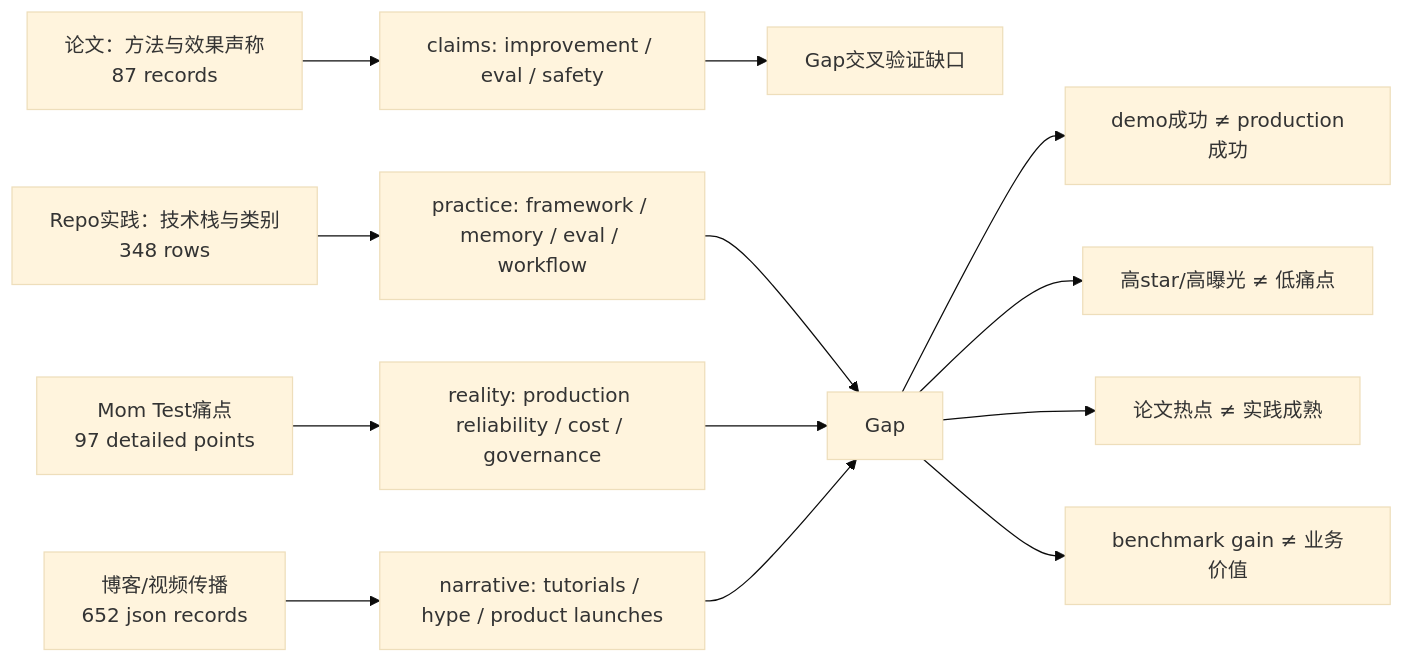
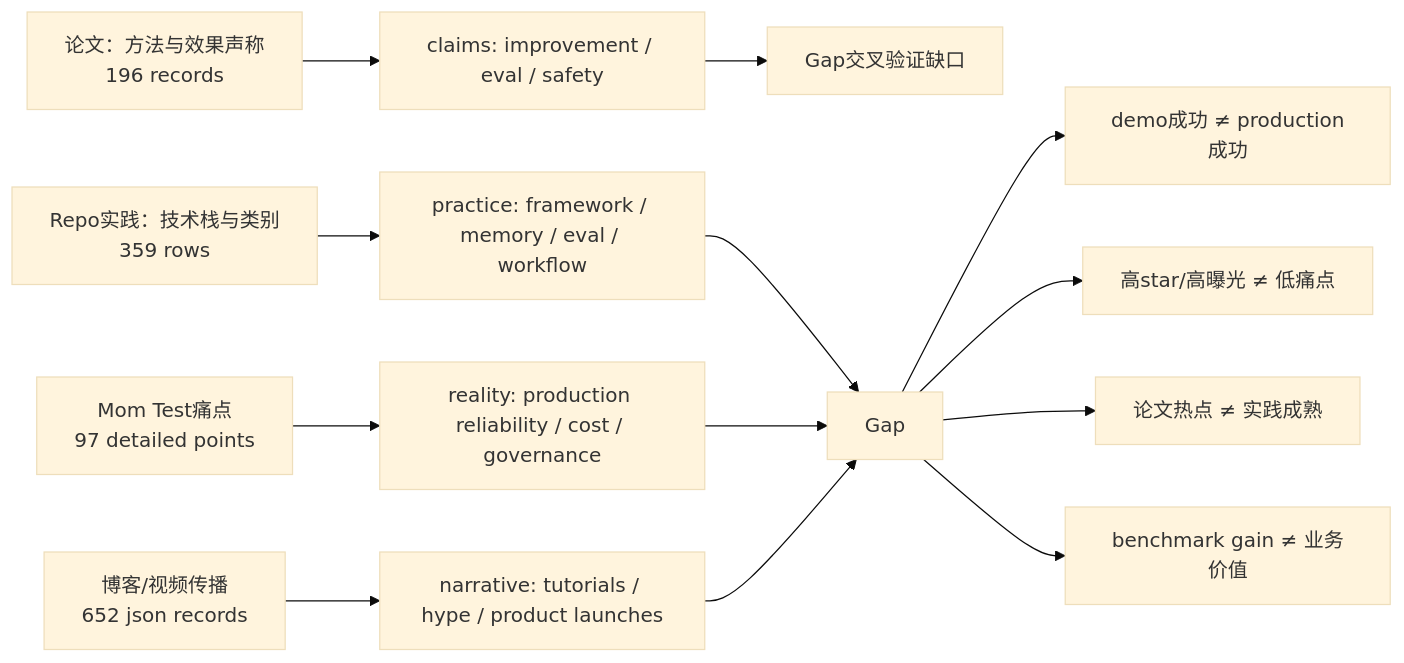
Before and after one commit to Shiyao-Huang/awesome-agent-evolution: the diagram in survey/figures/cross-source-validation-map.md, drawn with Mermaid (base theme). The commit also changed other lines of this file and 112 other files, not shown here.

````diff
--- a/survey/figures/cross-source-validation-map.md
+++ b/survey/figures/cross-source-validation-map.md
@@ -6,15 +6,15 @@
 ```mermaid
 flowchart LR
-    Papers["论文：方法与效果声称<br/>87 records"] --> Claims["claims: improvement / eval / safety"]
-    Repos["Repo实践：技术栈与类别<br/>348 rows"] --> Practice["practice: framework / memory / eval / workflow"]
+    Papers["论文：方法与效果声称<br/>196 records"] --> Claims["claims: improvement / eval / safety"]
+    Repos["Repo实践：技术栈与类别<br/>359 rows"] --> Practice["practice: framework / memory / eval / workflow"]
     Pain["Mom Test痛点<br/>97 detailed points"] --> Reality["reality: production reliability / cost / governance"]
     Blogs["博客/视频传播<br/>652 json records"] --> Narrative["narrative: tutorials / hype / product launches"]
     Claims --> Gap交叉验证缺口
     Practice --> Gap
     Reality --> Gap
     Narrative --> Gap
     Gap --> G1["demo成功 ≠ production成功"]
     Gap --> G2["高star/高曝光 ≠ 低痛点"]
     Gap --> G3["论文热点 ≠ 实践成熟"]
     Gap --> G4["benchmark gain ≠ 业务价值"]
 ```
````
